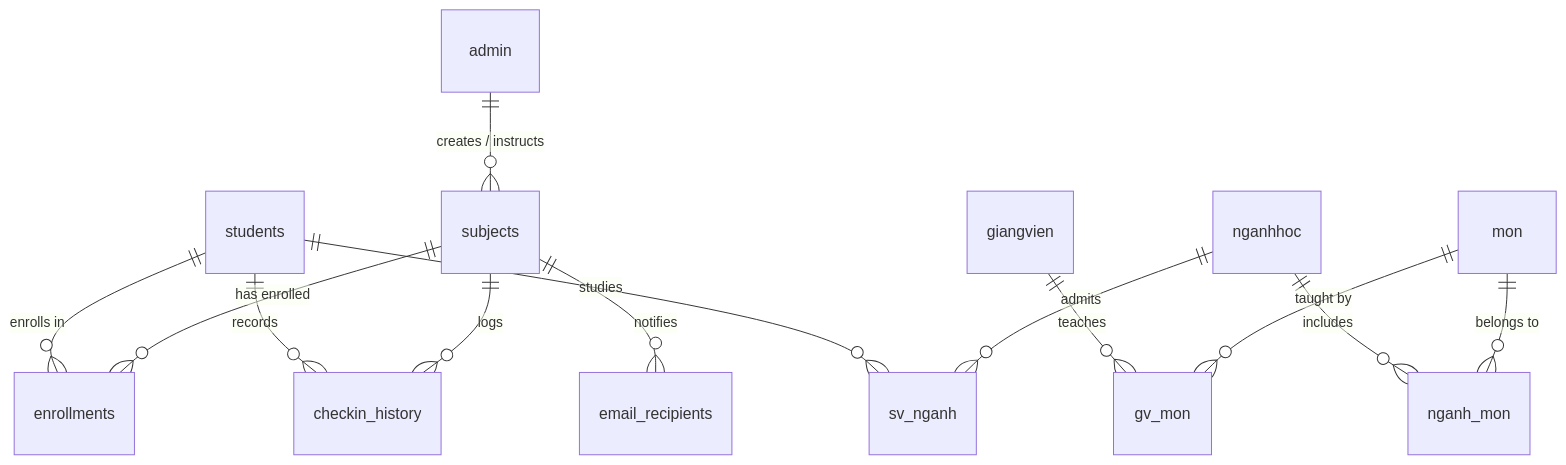
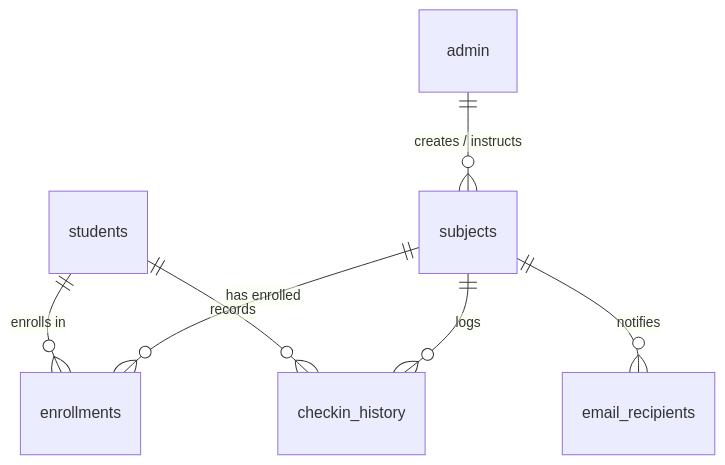
Before and after one commit to trungkhanh253/Project_HKDN: the diagram in docs/schema.md, drawn with Mermaid. The commit also changed other lines of this file and 17 other files, not shown here.

Commit message:
Fix schema, migration, sync push/pull, CSV import job, auth & openapi.yml

````diff
--- a/docs/schema.md
+++ b/docs/schema.md
@@ -135,16 +134,9 @@
 ```mermaid
 erDiagram
     admin ||--o{ subjects : "creates / instructs"
     students ||--o{ enrollments : "enrolls in"
     subjects ||--o{ enrollments : "has enrolled"
     students ||--o{ checkin_history : "records"
     subjects ||--o{ checkin_history : "logs"
     subjects ||--o{ email_recipients : "notifies"
-
-    giangvien ||--o{ gv_mon : "teaches"
-    mon ||--o{ gv_mon : "taught by"
-    nganhhoc ||--o{ nganh_mon : "includes"
-    mon ||--o{ nganh_mon : "belongs to"
-    students ||--o{ sv_nganh : "studies"
-    nganhhoc ||--o{ sv_nganh : "admits"
 ```
````
